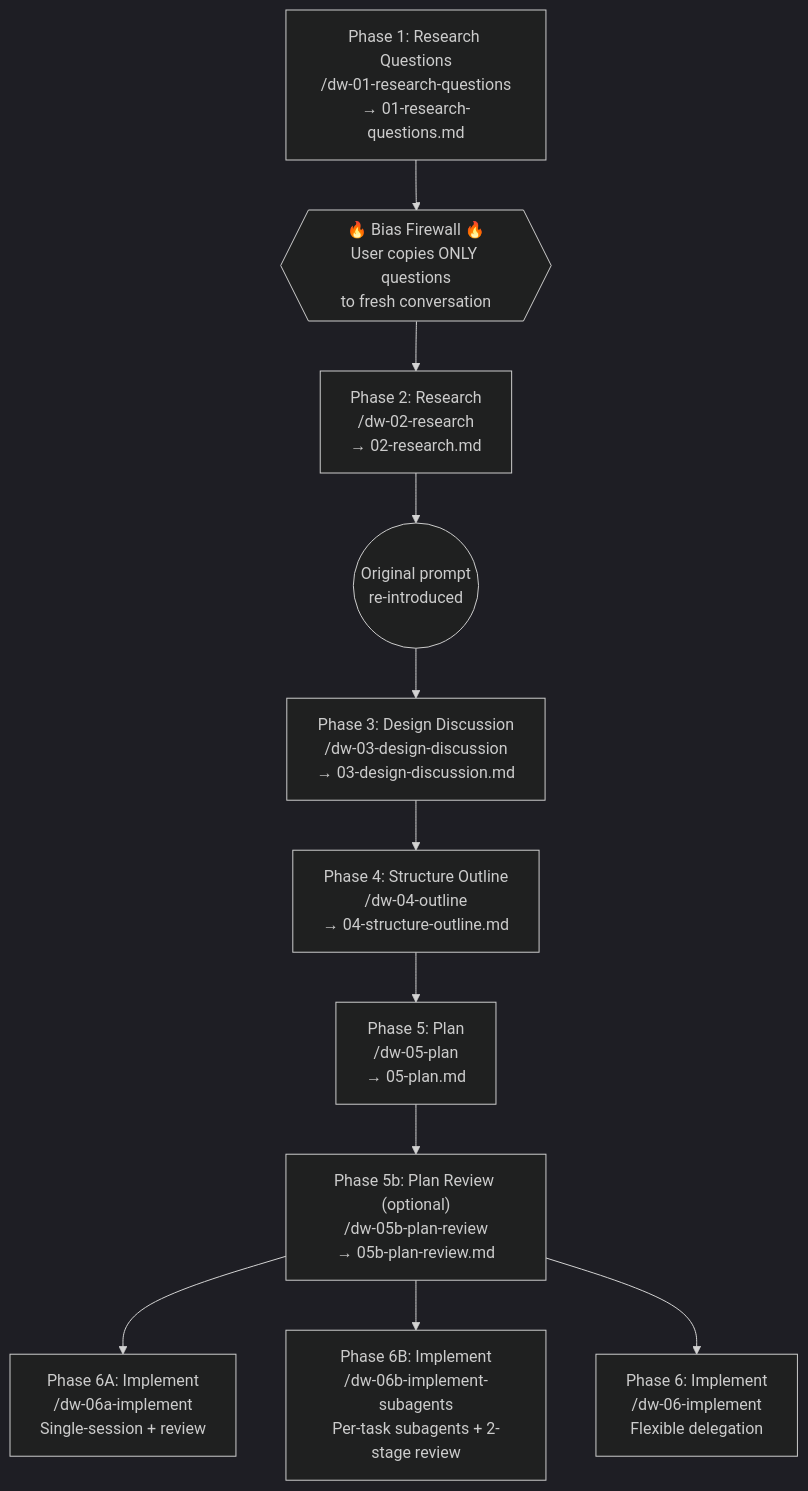
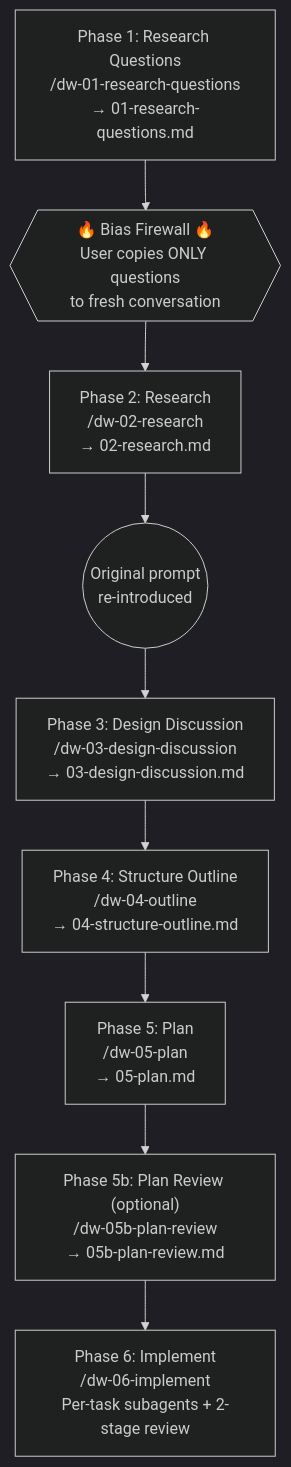
Before and after one commit to ronsanzone/claude-essentials: the diagram in README.md, drawn with Mermaid (dark theme). The commit also changed other lines of this file and 17 other files, not shown here.

````diff
--- a/README.md
+++ b/README.md
@@ -11,22 +11,18 @@
 ```mermaid
 flowchart TD
     A["Phase 1: Research Questions\n/dw-01-research-questions\n→ 01-research-questions.md"]
     B["Phase 2: Research\n/dw-02-research\n→ 02-research.md"]
     C["Phase 3: Design Discussion\n/dw-03-design-discussion\n→ 03-design-discussion.md"]
     D["Phase 4: Structure Outline\n/dw-04-outline\n→ 04-structure-outline.md"]
     E["Phase 5: Plan\n/dw-05-plan\n→ 05-plan.md"]
     E5b["Phase 5b: Plan Review (optional)\n/dw-05b-plan-review\n→ 05b-plan-review.md"]
-    F1["Phase 6A: Implement\n/dw-06a-implement\nSingle-session + review"]
-    F2["Phase 6B: Implement\n/dw-06b-implement-subagents\nPer-task subagents + 2-stage review"]
-    F3["Phase 6: Implement\n/dw-06-implement\nFlexible delegation"]
+    F1["Phase 6: Implement\n/dw-06-implement\nPer-task subagents + 2-stage review"]
     FW{{"🔥 Bias Firewall 🔥\nUser copies ONLY questions\nto fresh conversation"}}
     PR(("Original prompt\nre-introduced"))
 
     A --> FW --> B
     B --> PR --> C
     C --> D --> E
     E --> E5b
     E5b --> F1
-    E5b --> F2
-    E5b --> F3
 ```
````
